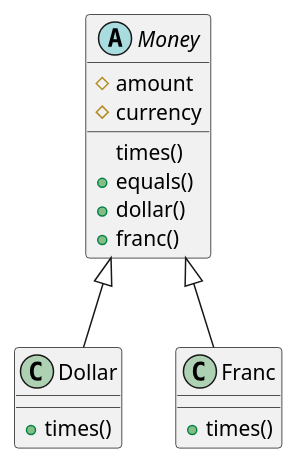
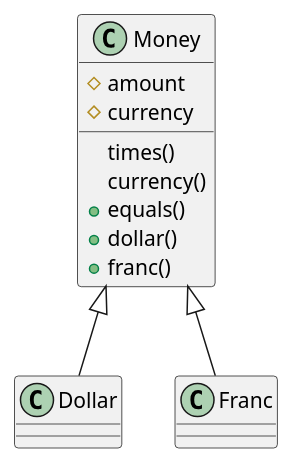
The diagram in docs/_tdd.md (k2works/etude_for_java), drawn with PlantUML before and after one commit. The commit also changed other lines of this file and 6 other files, not shown here.

````diff
--- a/docs/_tdd.md
+++ b/docs/_tdd.md
@@ -41,19 +41,18 @@
 ```puml
 class Dollar {
-  + times()
 }
-class Franc {    
-  + times()
+class Franc {
 }
-abstract Money {
+class Money {
   # amount
   # currency
   times()
+  currency()
   + equals()
   + dollar()
   + franc()
 
 }
 Money <|-- Dollar
 Money <|-- Franc
 ```
````
